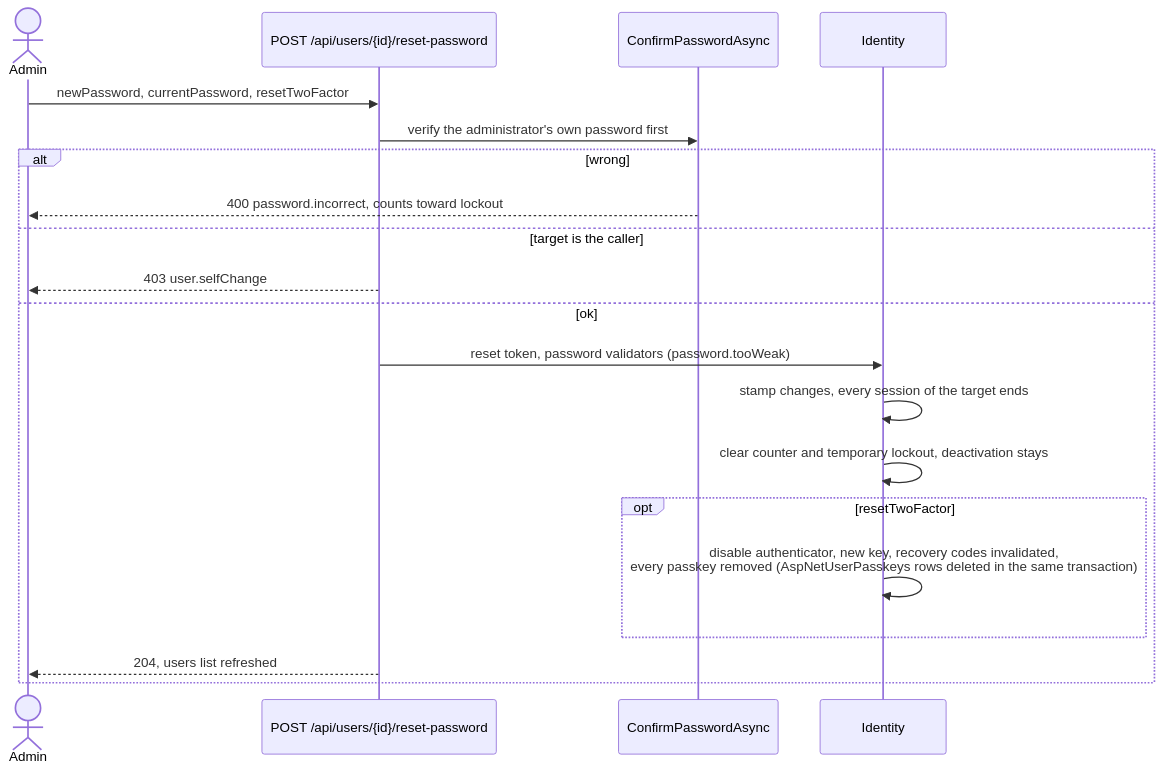
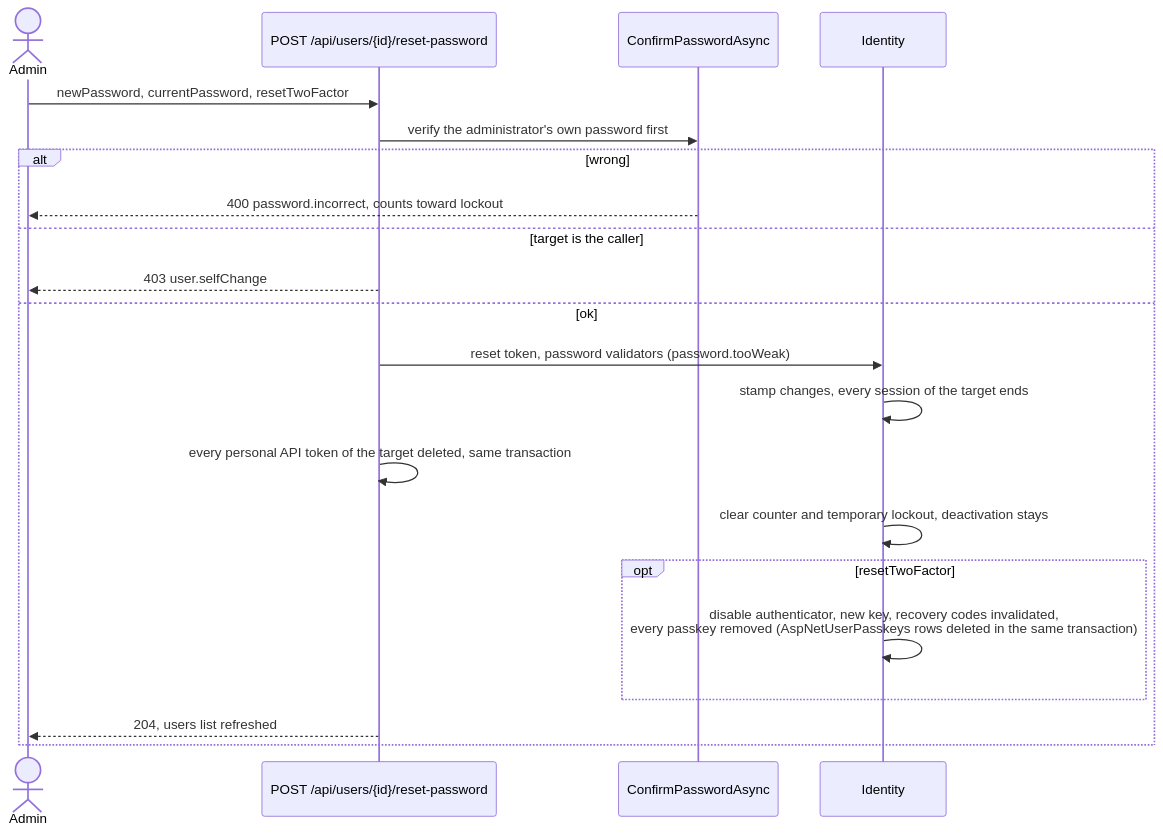
One commit to Justxs/Jx-Finance changed the third of 3 diagrams in docs/features/user-management.md. Above: the diagram before and after it, drawn with Mermaid. The commit also changed other lines of this file and 112 other files, not shown here.

First line of the commit message:
feat(auth): read-only personal API tokens

````diff
--- a/docs/features/user-management.md
+++ b/docs/features/user-management.md
@@ -38,22 +40,23 @@
 ```mermaid
 sequenceDiagram
     actor Admin
     participant Api as POST /api/users/{id}/reset-password
     participant Auth as ConfirmPasswordAsync
     participant Identity
     Admin->>Api: newPassword, currentPassword, resetTwoFactor
     Api->>Auth: verify the administrator's own password first
     alt wrong
         Auth-->>Admin: 400 password.incorrect, counts toward lockout
     else target is the caller
         Api-->>Admin: 403 user.selfChange
     else ok
         Api->>Identity: reset token, password validators (password.tooWeak)
         Identity->>Identity: stamp changes, every session of the target ends
+        Api->>Api: every personal API token of the target deleted, same transaction
         Identity->>Identity: clear counter and temporary lockout, deactivation stays
         opt resetTwoFactor
             Identity->>Identity: disable authenticator, new key, recovery codes invalidated,<br/>every passkey removed (AspNetUserPasskeys rows deleted in the same transaction)
         end
         Api-->>Admin: 204, users list refreshed
     end
 ```
````
